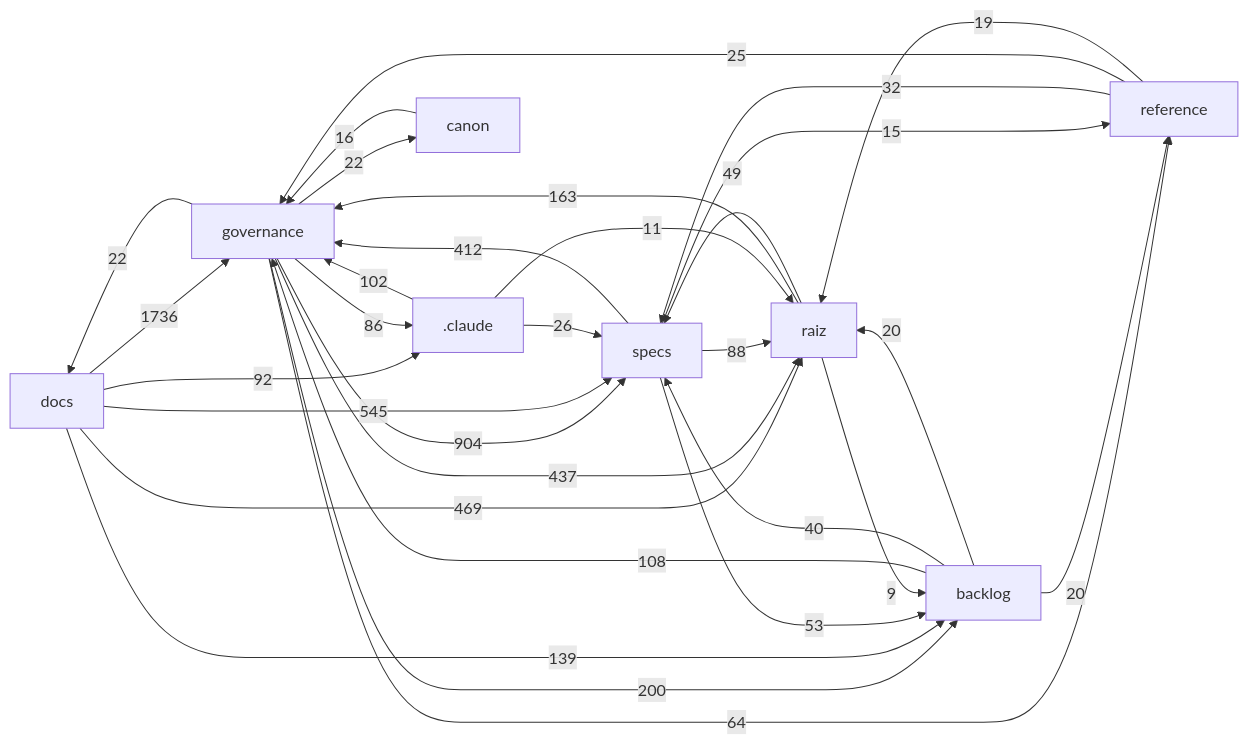
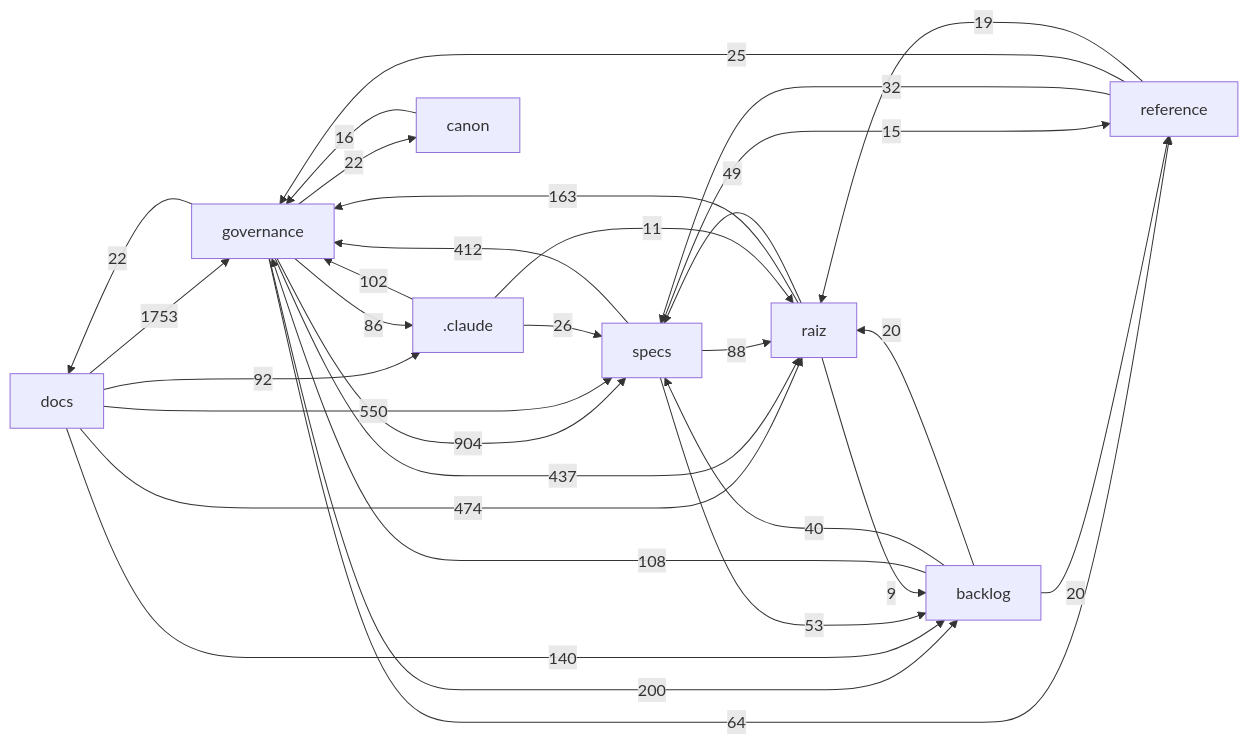
The diagram in docs/mapa/MAPA-PROJETO.md (Andraus35/Sistema-Operacional-de-Trading--SOT), drawn with Mermaid before and after one commit. The commit also changed other lines of this file and 3 other files, not shown here.

````diff
--- a/docs/mapa/MAPA-PROJETO.md
+++ b/docs/mapa/MAPA-PROJETO.md
@@ -29,33 +29,33 @@
 ```mermaid
 flowchart LR
-  docs["docs"] -->|1736| governance["governance"]
+  docs["docs"] -->|1753| governance["governance"]
   governance["governance"] -->|904| specs["specs"]
-  docs["docs"] -->|545| specs["specs"]
-  docs["docs"] -->|469| raiz["raiz"]
+  docs["docs"] -->|550| specs["specs"]
+  docs["docs"] -->|474| raiz["raiz"]
   governance["governance"] -->|437| raiz["raiz"]
   specs["specs"] -->|412| governance["governance"]
   governance["governance"] -->|200| backlog["backlog"]
   raiz["raiz"] -->|163| governance["governance"]
-  docs["docs"] -->|139| backlog["backlog"]
+  docs["docs"] -->|140| backlog["backlog"]
   backlog["backlog"] -->|108| governance["governance"]
   _claude[".claude"] -->|102| governance["governance"]
   docs["docs"] -->|92| _claude[".claude"]
   specs["specs"] -->|88| raiz["raiz"]
   governance["governance"] -->|86| _claude[".claude"]
   governance["governance"] -->|64| reference["reference"]
   specs["specs"] -->|53| backlog["backlog"]
   raiz["raiz"] -->|49| specs["specs"]
   backlog["backlog"] -->|40| specs["specs"]
   reference["reference"] -->|32| specs["specs"]
   _claude[".claude"] -->|26| specs["specs"]
   reference["reference"] -->|25| governance["governance"]
   governance["governance"] -->|22| docs["docs"]
   governance["governance"] -->|22| canon["canon"]
   backlog["backlog"] -->|20| raiz["raiz"]
   backlog["backlog"] -->|20| reference["reference"]
   reference["reference"] -->|19| raiz["raiz"]
   canon["canon"] -->|16| governance["governance"]
   specs["specs"] -->|15| reference["reference"]
   _claude[".claude"] -->|11| raiz["raiz"]
   raiz["raiz"] -->|9| backlog["backlog"]
 ```
````
